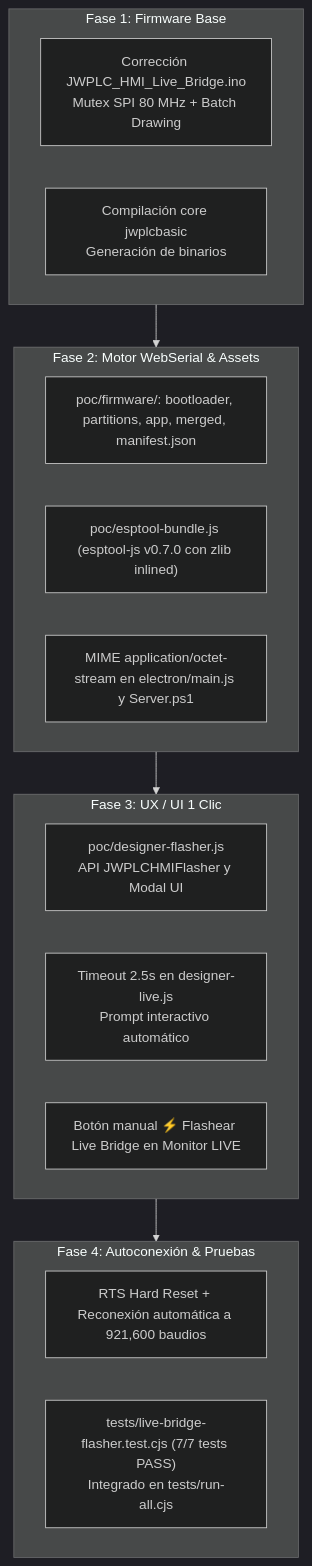
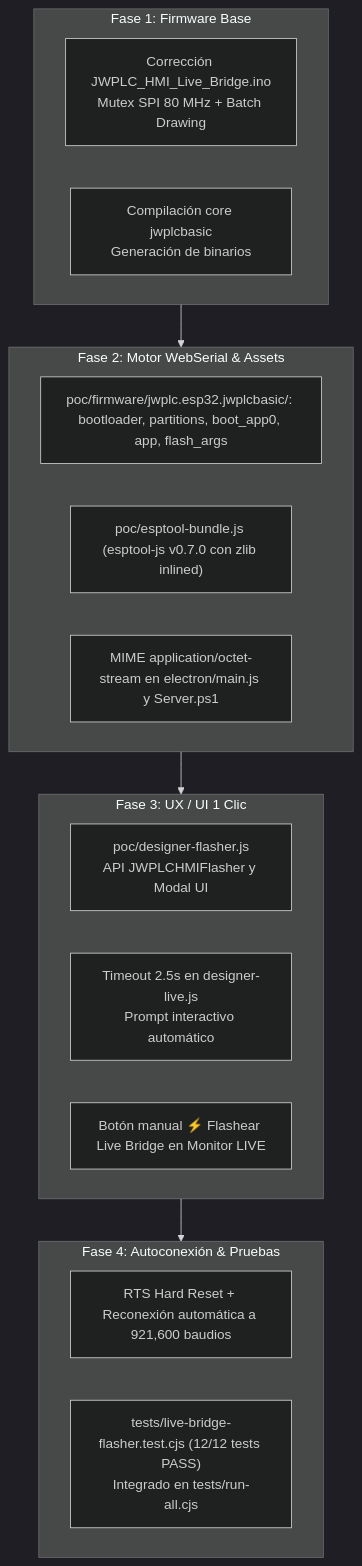
Before and after one commit to JW-Control/platform-jwplc: the diagram in tools/jwplc-hmi-designer/INFORME_CAMBIOS_FLASHER.md, drawn with Mermaid (dark theme). The commit also changed other lines of this file and 6 other files, not shown here.

First line of the commit message:
fix(hmi-designer): flasher del Live Bridge libera el puerto si falla y bloquea LIVE mientras graba

````diff
--- a/tools/jwplc-hmi-designer/INFORME_CAMBIOS_FLASHER.md
+++ b/tools/jwplc-hmi-designer/INFORME_CAMBIOS_FLASHER.md
@@ -29,26 +36,26 @@
 ```mermaid
 flowchart TD
     subgraph Fase1["Fase 1: Firmware Base"]
         FW["Corrección JWPLC_HMI_Live_Bridge.ino<br/>Mutex SPI 80 MHz + Batch Drawing"]
         BIN["Compilación core jwplcbasic<br/>Generación de binarios"]
     end
 
     subgraph Fase2["Fase 2: Motor WebSerial & Assets"]
-        ASSETS["poc/firmware/: bootloader, partitions, app, merged, manifest.json"]
+        ASSETS["poc/firmware/jwplc.esp32.jwplcbasic/: bootloader, partitions, boot_app0, app, flash_args"]
         ESPTOOL["poc/esptool-bundle.js (esptool-js v0.7.0 con zlib inlined)"]
         SERVER["MIME application/octet-stream en electron/main.js y Server.ps1"]
     end
 
     subgraph Fase3["Fase 3: UX / UI 1 Clic"]
         FLASHER_JS["poc/designer-flasher.js<br/>API JWPLCHMIFlasher y Modal UI"]
         DETECT["Timeout 2.5s en designer-live.js<br/>Prompt interactivo automático"]
         DIAG_BTN["Botón manual ⚡ Flashear Live Bridge en Monitor LIVE"]
     end
 
     subgraph Fase4["Fase 4: Autoconexión & Pruebas"]
         RESET["RTS Hard Reset + Reconexión automática a 921,600 baudios"]
-        TESTS["tests/live-bridge-flasher.test.cjs (7/7 tests PASS)<br/>Integrado en tests/run-all.cjs"]
+        TESTS["tests/live-bridge-flasher.test.cjs (12/12 tests PASS)<br/>Integrado en tests/run-all.cjs"]
     end
 
     Fase1 --> Fase2 --> Fase3 --> Fase4
 ```
````
